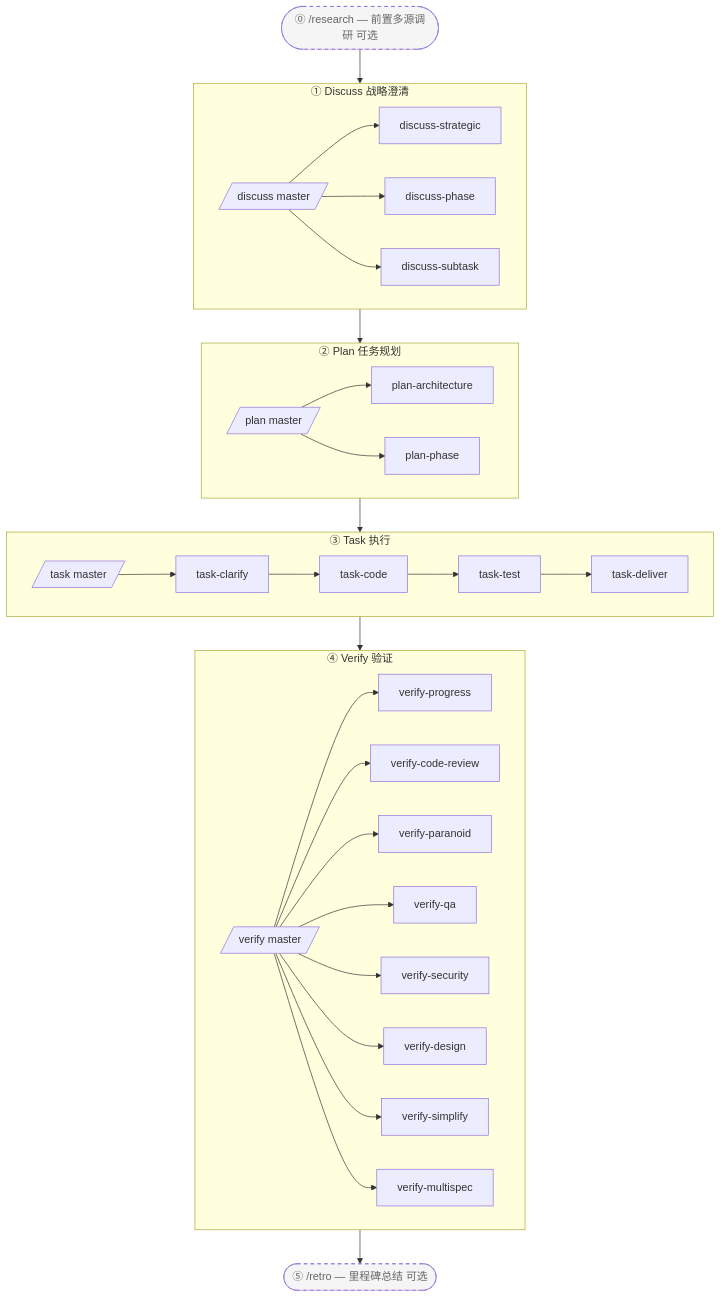
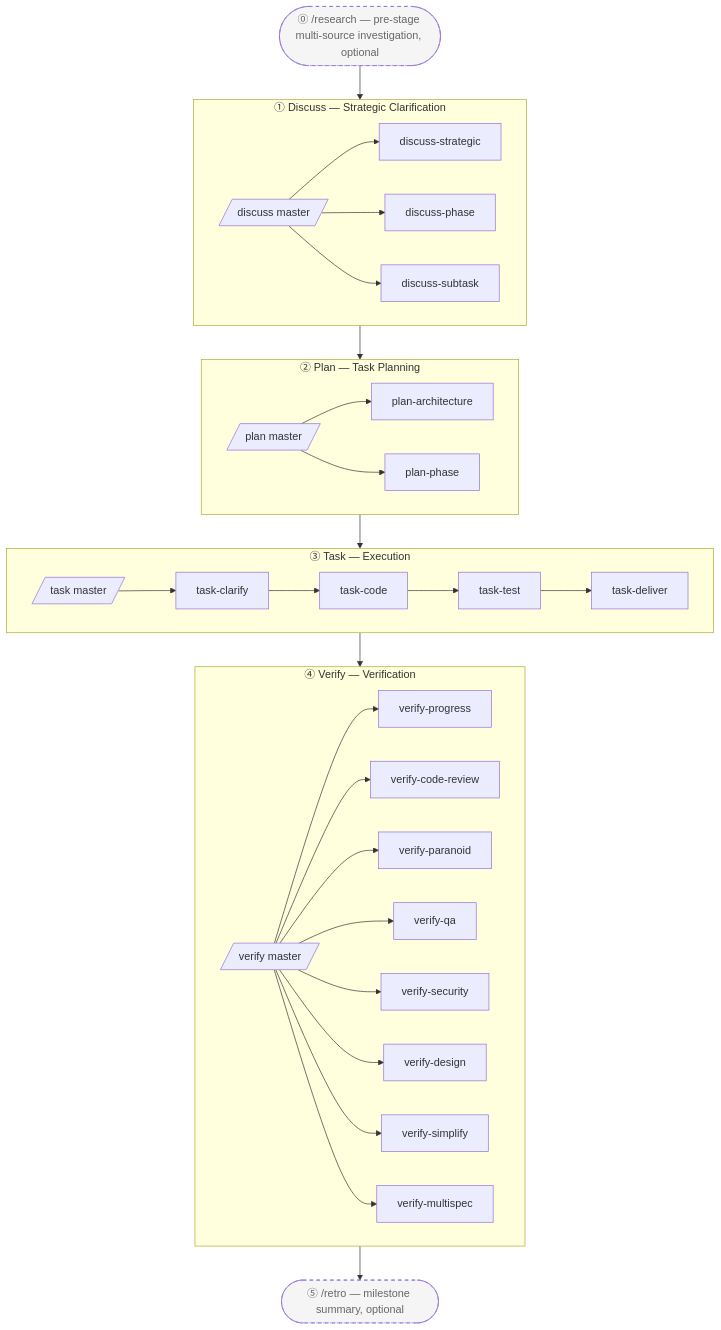
One commit to easyinplay/harnessed changed the diagram in README.md. Above: the diagram before and after it, drawn with Mermaid. The commit also changed other lines of this file and 27 other files, not shown here.

````diff
--- a/README.md
+++ b/README.md
@@ -101,42 +102,42 @@
 ```mermaid
 graph TD
-  RS([⓪ /research — 前置多源调研 可选]):::optional
-  subgraph Discuss[① Discuss 战略澄清]
+  RS([⓪ /research — pre-stage multi-source investigation, optional]):::optional
+  subgraph Discuss[① Discuss — Strategic Clarification]
     DM[/discuss master/]
     DS[discuss-strategic]
     DP[discuss-phase]
     DT[discuss-subtask]
     DM --> DS & DP & DT
   end
-  subgraph Plan[② Plan 任务规划]
+  subgraph Plan[② Plan — Task Planning]
     PM[/plan master/]
     PA[plan-architecture]
     PP[plan-phase]
     PM --> PA & PP
   end
-  subgraph Task[③ Task 执行]
+  subgraph Task[③ Task — Execution]
     TM[/task master/]
     TC[task-clarify]
     TCo[task-code]
     TT[task-test]
     TD[task-deliver]
     TM --> TC --> TCo --> TT --> TD
   end
-  subgraph Verify[④ Verify 验证]
+  subgraph Verify[④ Verify — Verification]
     VMs[/verify master/]
     VP[verify-progress]
     VC[verify-code-review]
     VPa[verify-paranoid]
     VQ[verify-qa]
     VS[verify-security]
     VD[verify-design]
     VSi[verify-simplify]
     VM[verify-multispec]
     VMs --> VP & VC & VPa & VQ & VS & VD & VSi & VM
   end
-  RT([⑤ /retro — 里程碑总结 可选]):::optional
+  RT([⑤ /retro — milestone summary, optional]):::optional
   RS --> Discuss
   Discuss --> Plan --> Task --> Verify
   Verify --> RT
   classDef optional stroke-dasharray:5 5,fill:#f5f5f5,color:#666
 ```
````
